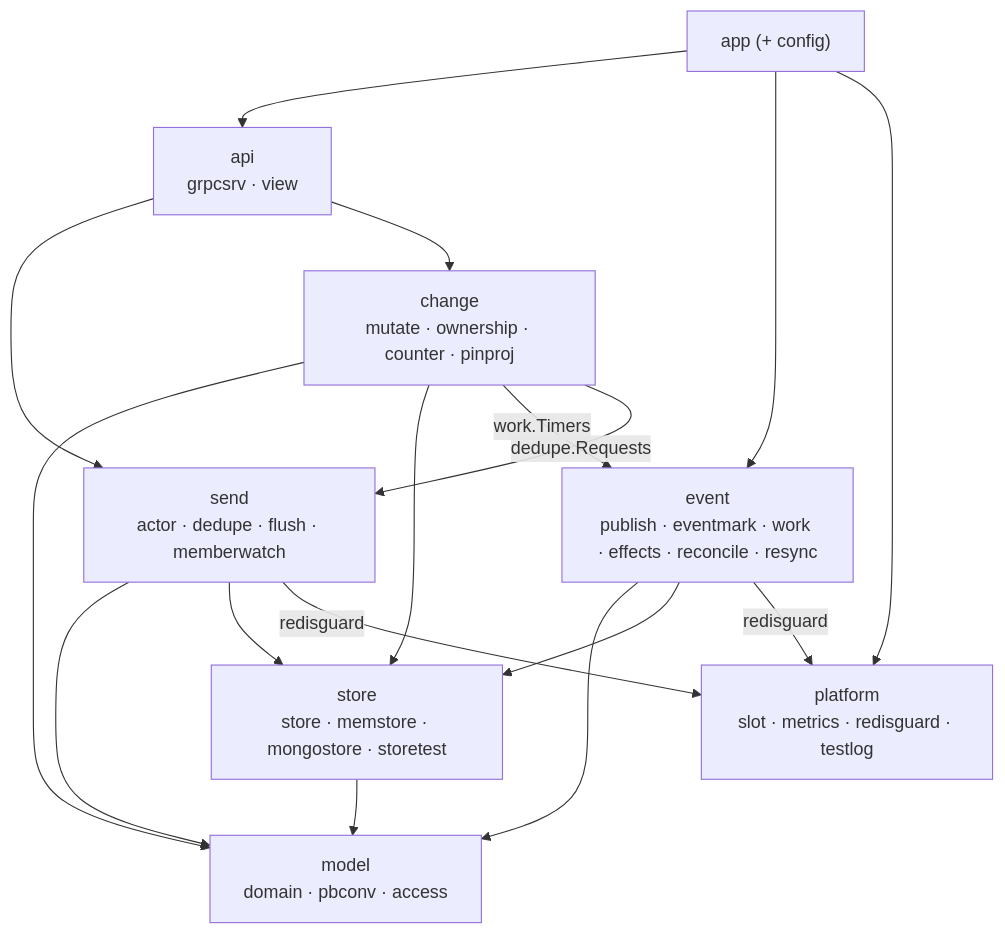
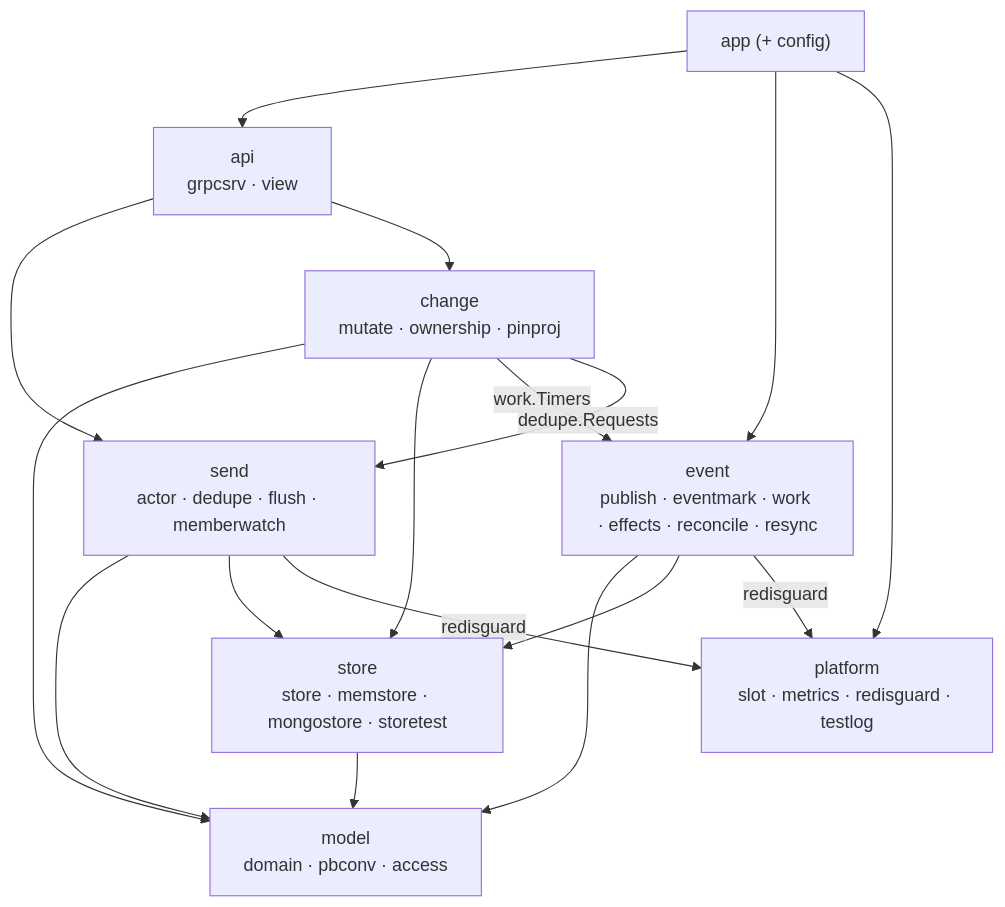
One commit to ivannguyendev/chatim changed the second of 6 diagrams in docs/designs/2026-10-04-chat-architecture-components.md. Above: the diagram before and after it, drawn with Mermaid. The commit also changed other lines of this file and 6 other files, not shown here.

````diff
--- a/docs/designs/2026-10-04-chat-architecture-components.md
+++ b/docs/designs/2026-10-04-chat-architecture-components.md
@@ -70,28 +70,28 @@
 ```mermaid
 flowchart TB
     app["app (+ config)"]
     api["api<br/>grpcsrv · view"]
     send["send<br/>actor · dedupe · flush · memberwatch"]
-    change["change<br/>mutate · ownership · counter · pinproj"]
+    change["change<br/>mutate · ownership · pinproj"]
     event["event<br/>publish · eventmark · work · effects · reconcile · resync"]
     model["model<br/>domain · pbconv · access"]
     store["store<br/>store · memstore · mongostore · storetest"]
     platform["platform<br/>slot · metrics · redisguard · testlog"]
 
     app --> api
     app --> event
     app --> platform
     api --> send
     api --> change
     send --> model
     send --> store
     change --> model
     change --> store
     change -->|work.Timers| event
     change -->|dedupe.Requests| send
     event --> model
     event --> store
     send -->|redisguard| platform
     event -->|redisguard| platform
     store --> model
 ```
````
